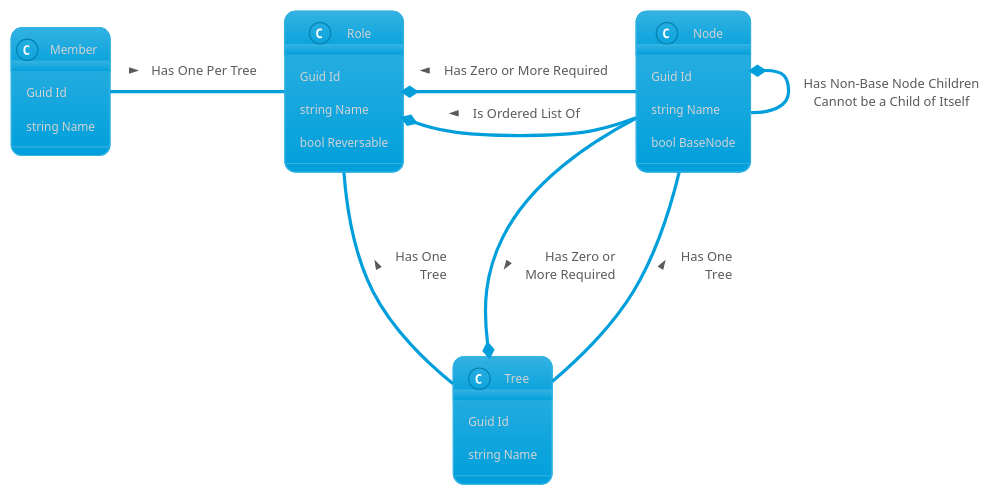
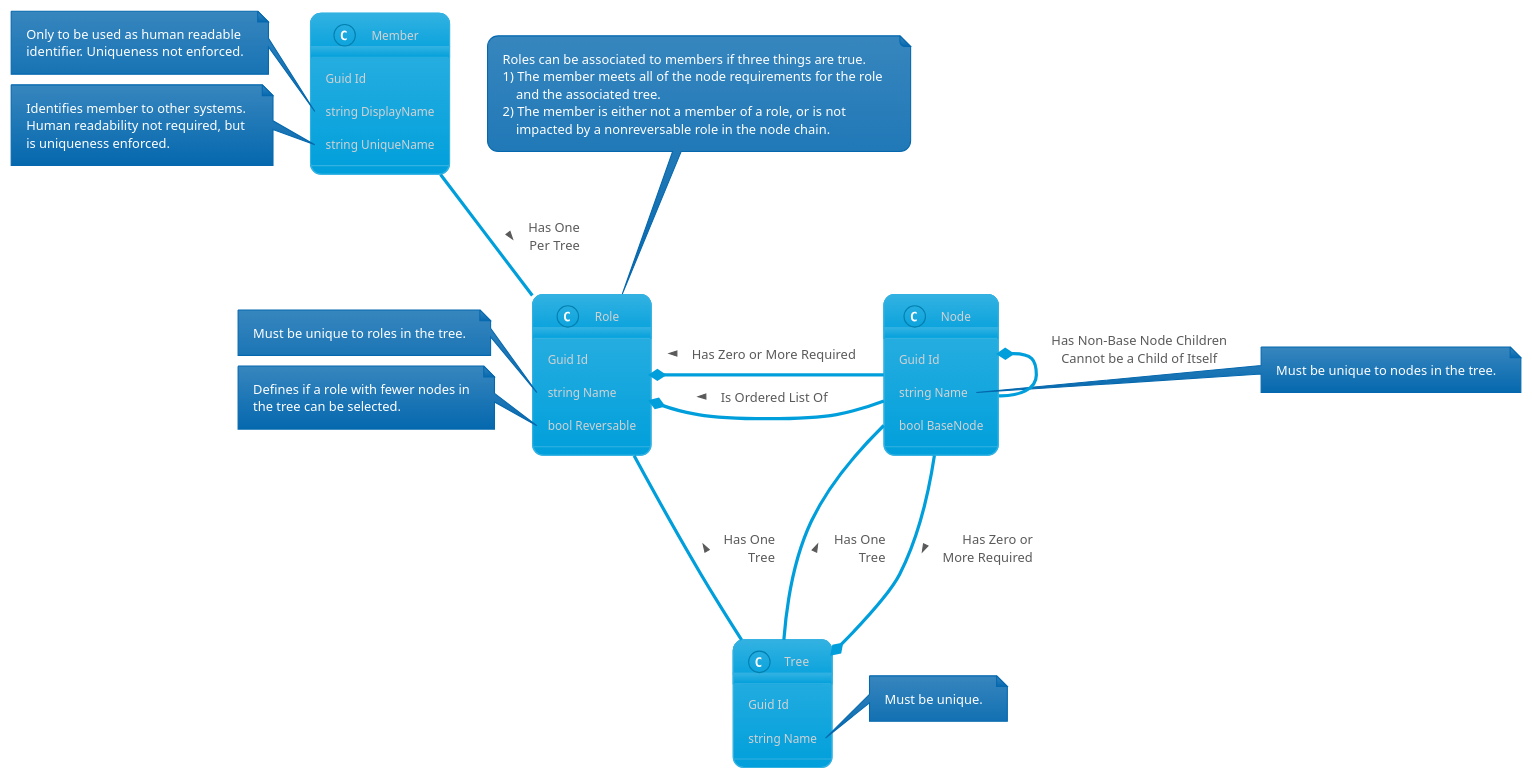
Before and after one commit to rtranchilla/RoleManagement: the diagram in docs/RoleDomainModelMap.pu, drawn with PlantUML. The commit also changed 3 other files, not shown here.

Commit message:
Updated model map diagrams

```diff
--- a/docs/RoleDomainModelMap.pu
+++ b/docs/RoleDomainModelMap.pu
@@ -1,33 +1,65 @@
 @startuml Role Domain Model Map
 !theme bluegray
 class Member {
   Guid Id
-  string Name
+  string DisplayName
+  string UniqueName
 }
+
+note left of Member::DisplayName
+  Only to be used as human readable
+  identifier. Uniqueness not enforced.
+end note
+note left of Member::UniqueName
+  Identifies member to other systems.
+  Human readability not required, but 
+  is uniqueness enforced. 
+end note
 
 class Node {
   Guid Id
   string Name
   bool BaseNode
 }
+note right of Node::Name
+  Must be unique to nodes in the tree.
+end note
 
 class Role {
   Guid Id
   string Name
   bool Reversable
 }
 
+note top of Role
+  Roles can be associated to members if three things are true.
+  1) The member meets all of the node requirements for the role 
+      and the associated tree.
+  2) The member is either not a member of a role, or is not 
+      impacted by a nonreversable role in the node chain. 
+end note
+note left of Role::Name
+  Must be unique to roles in the tree.
+end note
+note left of Role::Reversable
+  Defines if a role with fewer nodes in
+  the tree can be selected.
+end note
+
 class Tree {
   Guid Id
   string Name
 }
+note right of Tree::Name
+  Must be unique.
+end note
 
-Node *- Node : Has Non-Base Node Children\nCannot be a Child of Itself
+Node *- Node : Has Non-Base Node Children\nCannot be a Child of Itself\n\n\n
 Role *- Node : Is Ordered List Of <
 Role --- Tree : Has One\rTree <
 Node --- Tree : Has One\rTree <
-Member - Role : Has One Per Tree >
+Member == Role : Has One\rPer Tree >
 Tree *-- Node : Has Zero or\rMore Required <
 Role *-- Node : Has Zero or More Required <
 
 @enduml
```
